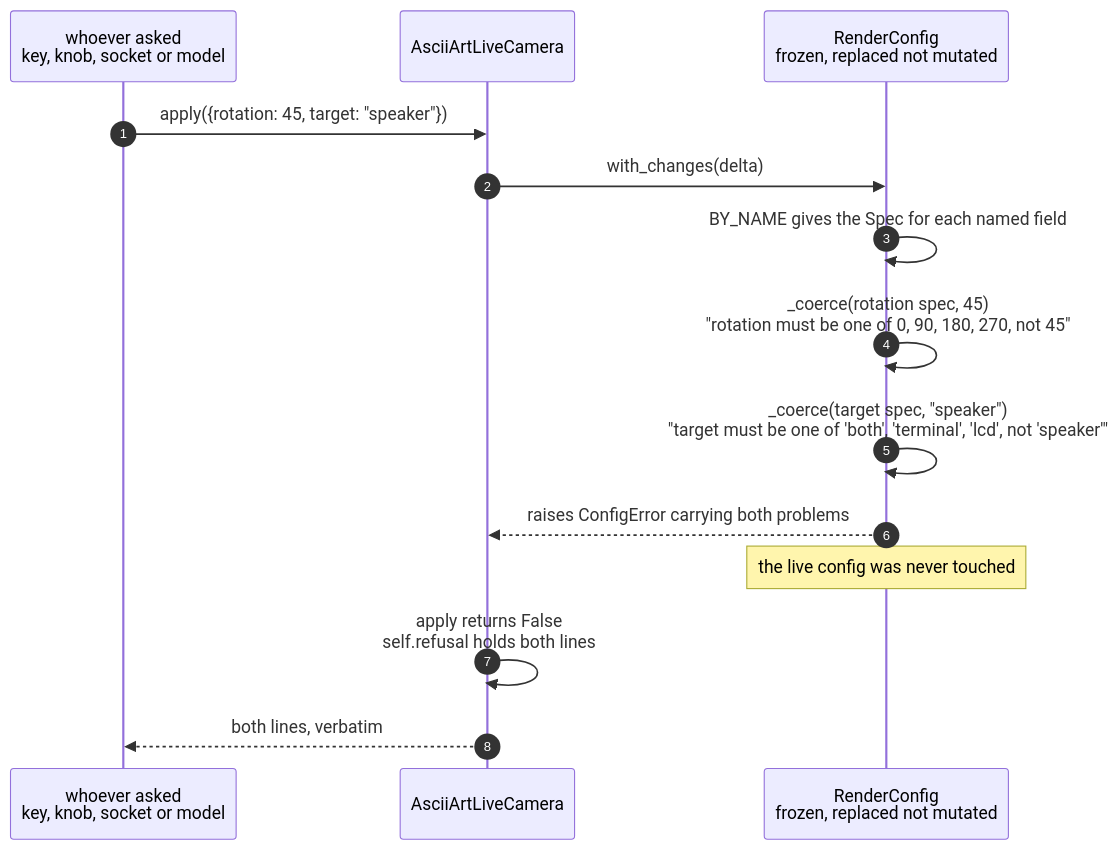
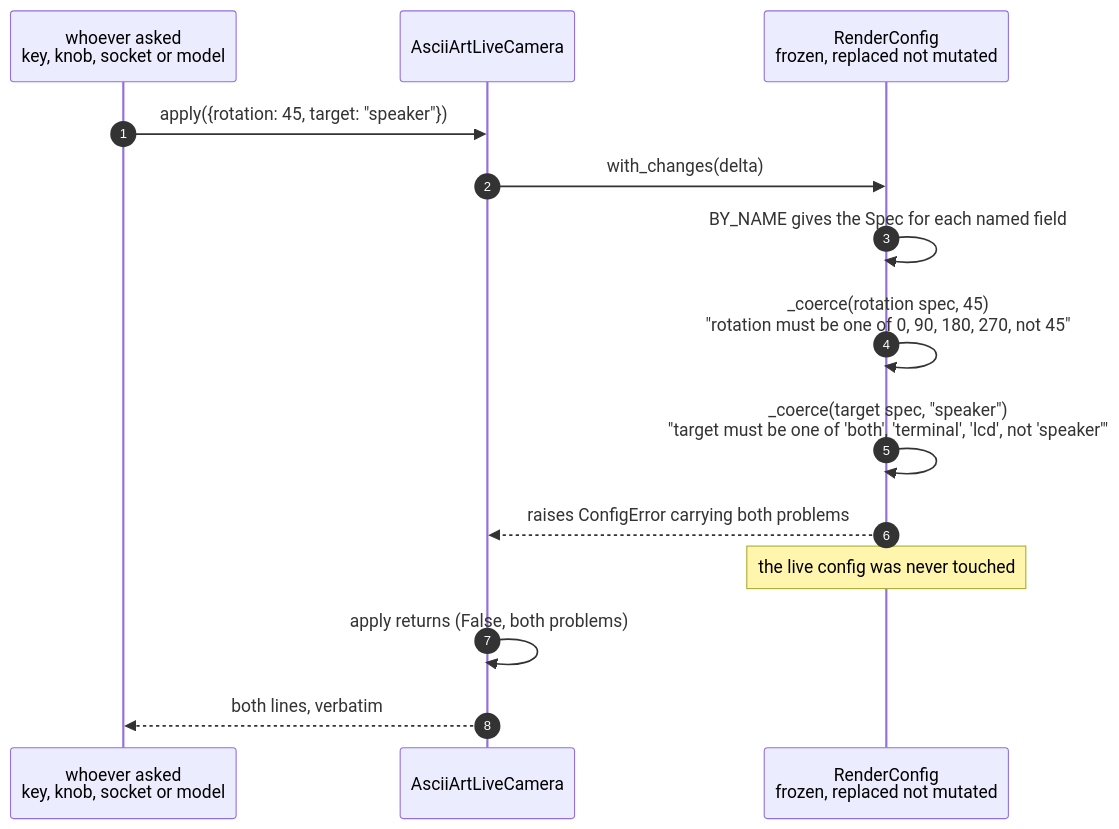
One commit to replicant1/AsciiArt-Pi changed the first of 2 diagrams in docs/scenarios/a-render-configuration-change-is-refused.md. Above: the diagram before and after it, drawn with Mermaid. The commit also changed other lines of this file and 10 other files, not shown here.

````diff
--- a/docs/scenarios/a-render-configuration-change-is-refused.md
+++ b/docs/scenarios/a-render-configuration-change-is-refused.md
@@ -27,17 +27,17 @@
 ```mermaid
 sequenceDiagram
     autonumber
     participant Asker as whoever asked<br/>key, knob, socket or model
     participant App as AsciiArtLiveCamera
     participant Cfg as RenderConfig<br/>frozen, replaced not mutated
 
     Asker->>App: apply({rotation: 45, target: "speaker"})
     App->>Cfg: with_changes(delta)
     Cfg->>Cfg: BY_NAME gives the Spec for each named field
     Cfg->>Cfg: _coerce(rotation spec, 45)<br/>"rotation must be one of 0, 90, 180, 270, not 45"
     Cfg->>Cfg: _coerce(target spec, "speaker")<br/>"target must be one of 'both', 'terminal', 'lcd', not 'speaker'"
     Cfg-->>App: raises ConfigError carrying both problems
     Note over Cfg: the live config was never touched
-    App->>App: apply returns False<br/>self.refusal holds both lines
+    App->>App: apply returns (False, both problems)
     App-->>Asker: both lines, verbatim
 ```
````
